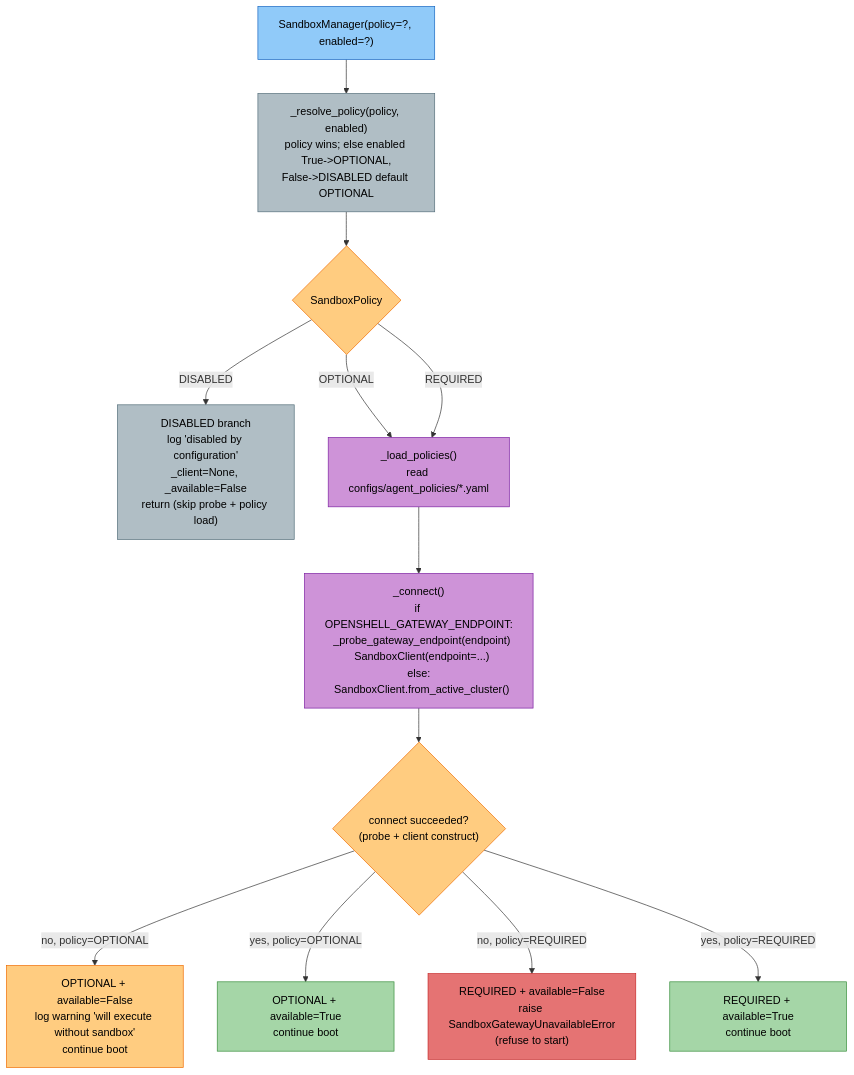
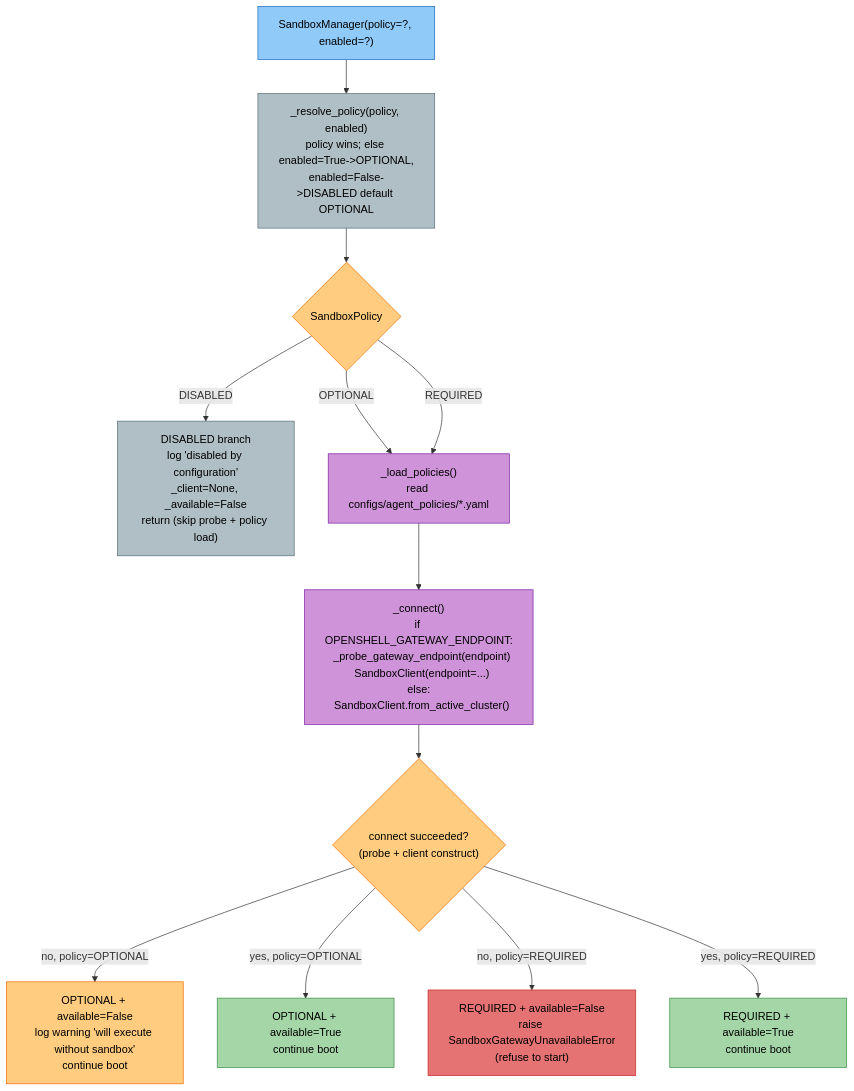
The fifth of 8 diagrams in docs/diagrams/knowledge-system-diagrams.md (amit-jain/cogniverse), drawn with Mermaid before and after one commit. The commit also changed other lines of this file and 50 other files, not shown here.

````diff
--- a/docs/diagrams/knowledge-system-diagrams.md
+++ b/docs/diagrams/knowledge-system-diagrams.md
@@ -276,40 +277,40 @@
 ```mermaid
 flowchart TD
     Init["<span style='color:#000'>SandboxManager(policy=?, enabled=?)</span>"]
-    Resolve["<span style='color:#000'>_resolve_policy(policy, enabled)<br/>policy wins; else enabled True->OPTIONAL,<br/>False->DISABLED; default OPTIONAL</span>"]
+    Resolve["<span style='color:#000'>_resolve_policy(policy, enabled)<br/>policy wins; else enabled=True->OPTIONAL,<br/>enabled=False->DISABLED; default OPTIONAL</span>"]
 
     Decision{"<span style='color:#000'>SandboxPolicy</span>"}
 
     Disabled["<span style='color:#000'>DISABLED branch<br/>log 'disabled by configuration'<br/>_client=None, _available=False<br/>return (skip probe + policy load)</span>"]
 
     LoadPolicies["<span style='color:#000'>_load_policies()<br/>read configs/agent_policies/*.yaml</span>"]
     Connect["<span style='color:#000'>_connect()<br/>if OPENSHELL_GATEWAY_ENDPOINT:<br/>  _probe_gateway_endpoint(endpoint)<br/>  SandboxClient(endpoint=...)<br/>else:<br/>  SandboxClient.from_active_cluster()</span>"]
     Available{"<span style='color:#000'>connect succeeded?<br/>(probe + client construct)</span>"}
 
     Optional["<span style='color:#000'>OPTIONAL + available=False<br/>log warning 'will execute without sandbox'<br/>continue boot</span>"]
     OptionalOK["<span style='color:#000'>OPTIONAL + available=True<br/>continue boot</span>"]
     Required["<span style='color:#000'>REQUIRED + available=False<br/>raise SandboxGatewayUnavailableError<br/>(refuse to start)</span>"]
     RequiredOK["<span style='color:#000'>REQUIRED + available=True<br/>continue boot</span>"]
 
     Init --> Resolve --> Decision
     Decision -->|DISABLED| Disabled
     Decision -->|OPTIONAL| LoadPolicies
     Decision -->|REQUIRED| LoadPolicies
     LoadPolicies --> Connect --> Available
     Available -->|no, policy=OPTIONAL| Optional
     Available -->|yes, policy=OPTIONAL| OptionalOK
     Available -->|no, policy=REQUIRED| Required
     Available -->|yes, policy=REQUIRED| RequiredOK
 
     style Init fill:#90caf9,stroke:#1565c0,color:#000
     style Resolve fill:#b0bec5,stroke:#546e7a,color:#000
     style Decision fill:#ffcc80,stroke:#ef6c00,color:#000
     style Disabled fill:#b0bec5,stroke:#546e7a,color:#000
     style LoadPolicies fill:#ce93d8,stroke:#7b1fa2,color:#000
     style Connect fill:#ce93d8,stroke:#7b1fa2,color:#000
     style Available fill:#ffcc80,stroke:#ef6c00,color:#000
     style Optional fill:#ffcc80,stroke:#ef6c00,color:#000
     style OptionalOK fill:#a5d6a7,stroke:#388e3c,color:#000
     style Required fill:#e57373,stroke:#c62828,color:#000
     style RequiredOK fill:#a5d6a7,stroke:#388e3c,color:#000
 ```
````
